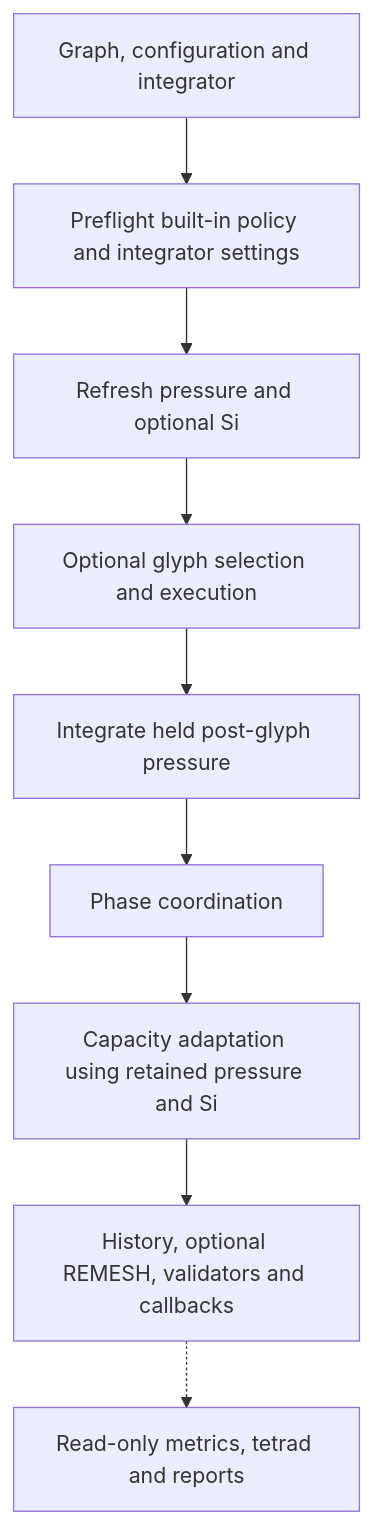
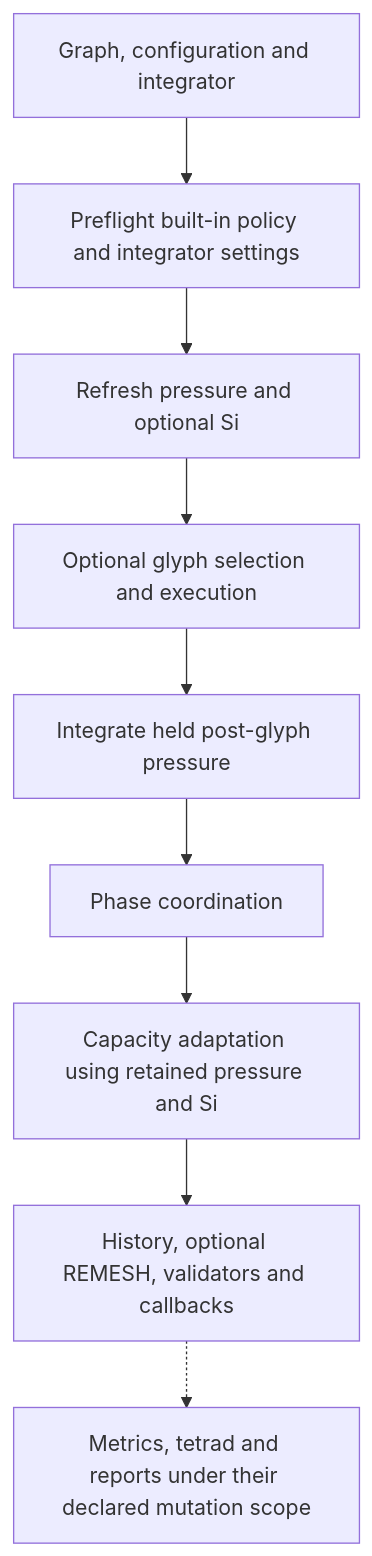
One commit to fermga/TNFR-Python-Engine changed the diagram in ARCHITECTURE.md. Above: the diagram before and after it, drawn with Mermaid. The commit also changed other lines of this file and 387 other files, not shown here.

````diff
--- a/ARCHITECTURE.md
+++ b/ARCHITECTURE.md
@@ -69,11 +69,11 @@
 ```mermaid
 flowchart TD
     A[Graph, configuration and integrator] --> P[Preflight built-in policy and integrator settings]
     P --> B[Refresh pressure and optional Si]
     B --> G[Optional glyph selection and execution]
     G --> C[Integrate held post-glyph pressure]
     C --> D[Phase coordination]
     D --> E[Capacity adaptation using retained pressure and Si]
     E --> F[History, optional REMESH, validators and callbacks]
-    F -.-> R[Read-only metrics, tetrad and reports]
+    F -.-> R[Metrics, tetrad and reports under their declared mutation scope]
 ```
````
